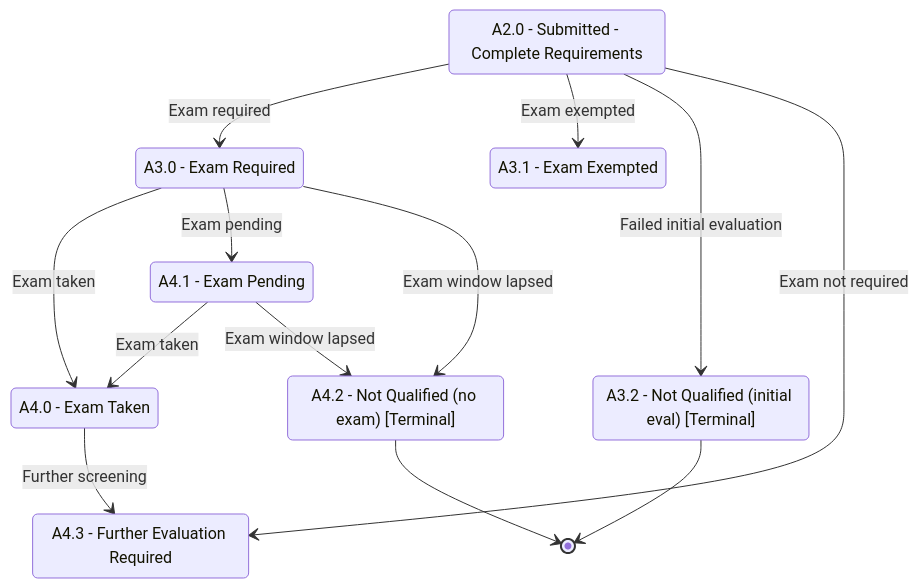
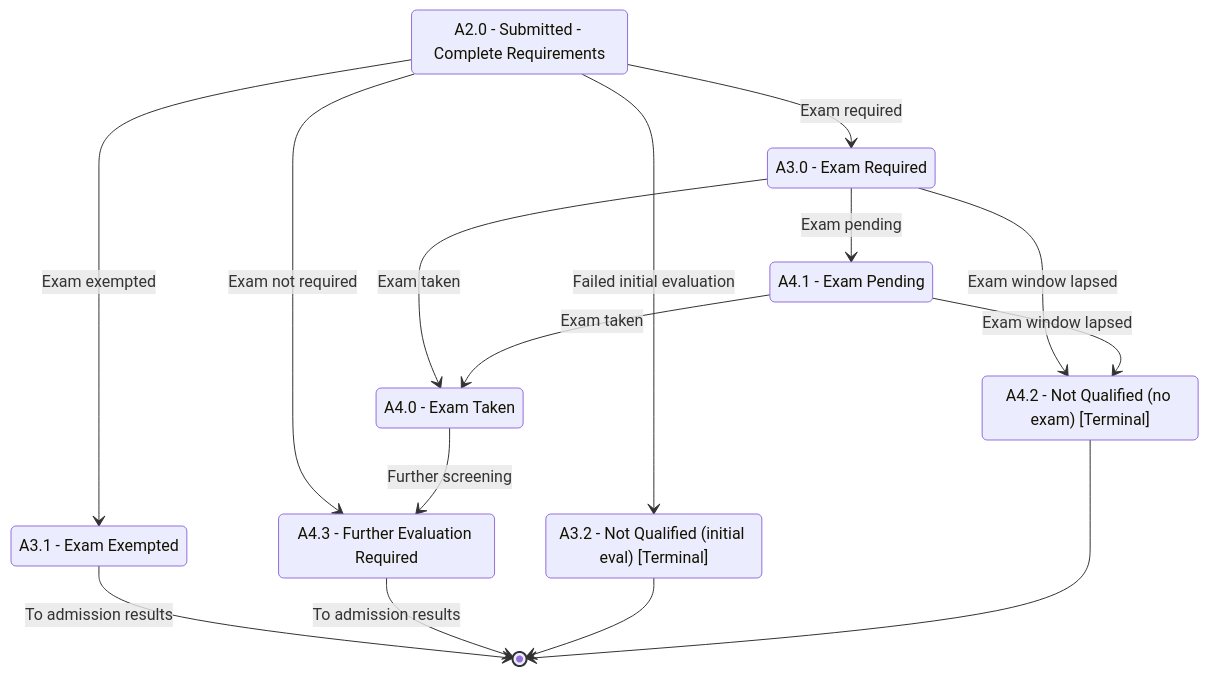
The first of 2 diagrams in documentation/mermaid_diagrams/applicant_status/applicant_status_part_2_evaluation_to_decision.md (JeyyM/MSALGCM-Student-Journey), drawn with Mermaid before and after one commit. The commit also changed other lines of this file and 48 other files, not shown here.

````diff
--- a/documentation/mermaid_diagrams/applicant_status/applicant_status_part_2_evaluation_to_decision.md
+++ b/documentation/mermaid_diagrams/applicant_status/applicant_status_part_2_evaluation_to_decision.md
@@ -22,24 +22,26 @@
 ```mermaid
 stateDiagram-v2
     state "A2.0 - Submitted - Complete Requirements" as A2_0
     state "A3.0 - Exam Required" as A3_0
     state "A3.1 - Exam Exempted" as A3_1
     state "A3.2 - Not Qualified (initial eval) [Terminal]" as A3_2
     state "A4.0 - Exam Taken" as A4_0
     state "A4.1 - Exam Pending" as A4_1
     state "A4.2 - Not Qualified (no exam) [Terminal]" as A4_2
     state "A4.3 - Further Evaluation Required" as A4_3
 
     A2_0 --> A3_0: Exam required
     A2_0 --> A3_1: Exam exempted
     A2_0 --> A3_2: Failed initial evaluation
     A2_0 --> A4_3: Exam not required
     A3_0 --> A4_0: Exam taken
     A3_0 --> A4_1: Exam pending
     A3_0 --> A4_2: Exam window lapsed
     A4_1 --> A4_0: Exam taken
     A4_1 --> A4_2: Exam window lapsed
     A4_0 --> A4_3: Further screening
+    A3_1 --> [*]: To admission results
+    A4_3 --> [*]: To admission results
     A3_2 --> [*]
     A4_2 --> [*]
 ```
````
